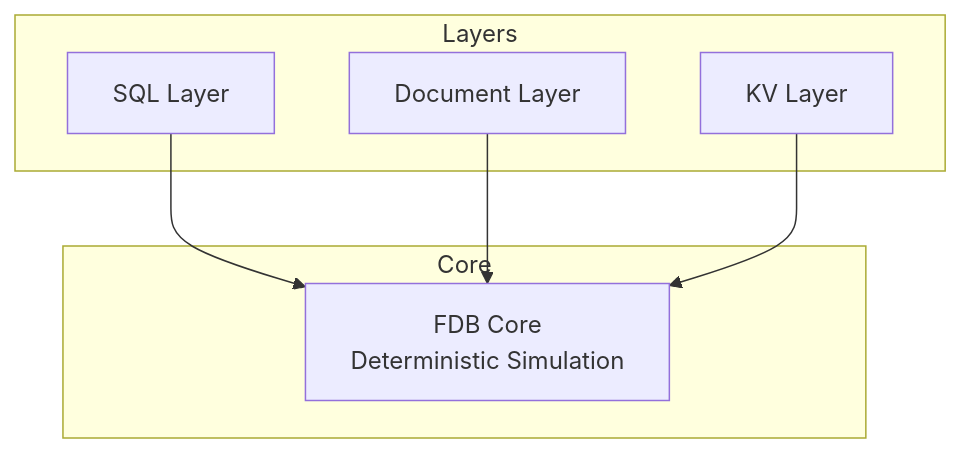
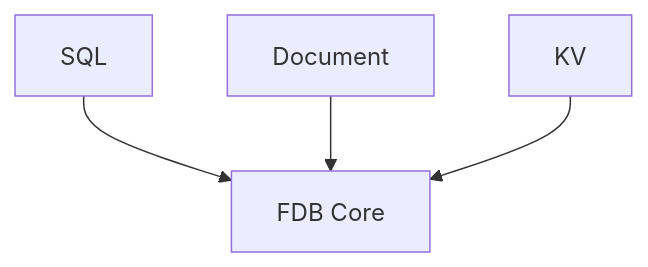
One commit to deepaucksharma/DStudio changed diagram 30 of 30 in docs/case-studies/key-value-store.md. Above: the diagram before and after it, drawn with Mermaid. The commit also changed other lines of this file and 13 other files, not shown here.

````diff
--- a/docs/case-studies/key-value-store.md
+++ b/docs/case-studies/key-value-store.md
@@ -1427,14 +1322,4 @@
 ```mermaid
 graph TB
-    subgraph "Layers"
-        SQL[SQL Layer]
-        DOC[Document Layer]
-        KV[KV Layer]
-    end
-    
-    subgraph "Core"
-        CORE[FDB Core<br/>Deterministic Simulation]
-    end
-    
-    SQL & DOC & KV --> CORE
+    SQL[SQL] & DOC[Document] & KV[KV] --> CORE[FDB Core]
 ```
````
